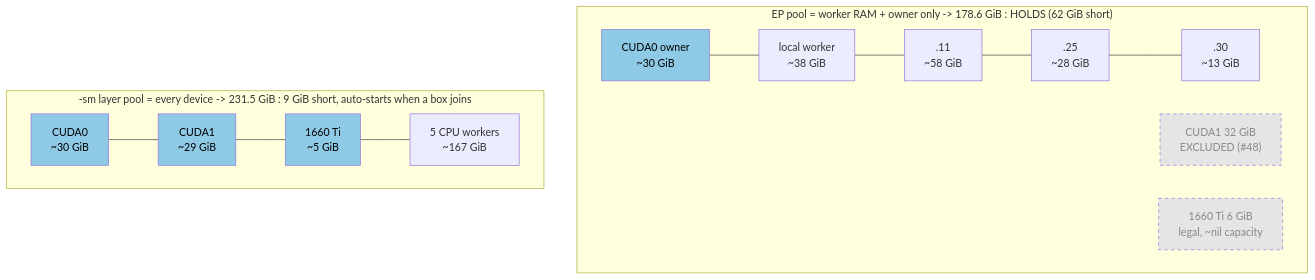
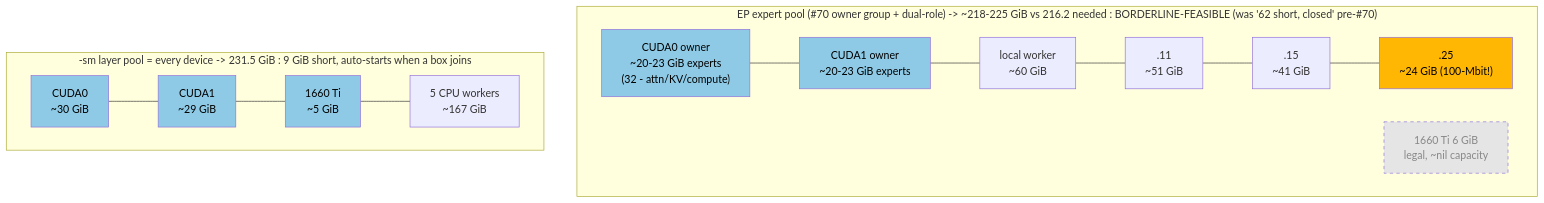
One commit to anyei/llamacpp-v100 changed the fourth of 10 diagrams in docs/architecture-diagrams.md. Above: the diagram before and after it, drawn with Mermaid. The commit also changed other lines of this file and 2 other files, not shown here.

Commit message:
docs+script: #70 EP owner-group/dual-role - diagrams 3/3b redrawn (GLM EP now borderline-feasible, GGUF-parsed 216.2 GiB experts), guide EP section updated (retire #48 limit, -ts byte-fitting, --rpc-reload mandatory), pin run-ep-fleet-hy3.sh (4.61-4.80 t/s recipe)

````diff
--- a/docs/architecture-diagrams.md
+++ b/docs/architecture-diagrams.md
@@ -91,18 +109,19 @@
 ```mermaid
 flowchart TB
-    subgraph EP["EP pool = worker RAM + owner only -> 178.6 GiB : HOLDS (62 GiB short)"]
+    subgraph EP["EP expert pool (#70 owner group + dual-role) -> ~218-225 GiB vs 216.2 needed : BORDERLINE-FEASIBLE (was '62 short, closed' pre-#70)"]
         direction LR
-        O1["CUDA0 owner<br/>~30 GiB"]:::gpu ---
-        E1["local worker<br/>~38 GiB"] --- E2[".11<br/>~58 GiB"] ---
-        E3[".25<br/>~28 GiB"] --- E4[".30<br/>~13 GiB"]
-        X1["CUDA1 32 GiB<br/>EXCLUDED (#48)"]:::dead
+        O1["CUDA0 owner<br/>~20-23 GiB experts<br/>(32 - attn/KV/compute)"]:::gpu ---
+        O2["CUDA1 owner<br/>~20-23 GiB experts"]:::gpu ---
+        E1["local worker<br/>~60 GiB"] --- E2[".11<br/>~51 GiB"] ---
+        E3[".15<br/>~41 GiB"] --- E4[".25<br/>~24 GiB (100-Mbit!)"]:::slow
         X2["1660 Ti 6 GiB<br/>legal, ~nil capacity"]:::dead
     end
     subgraph LAYER["-sm layer pool = every device -> 231.5 GiB : 9 GiB short, auto-starts when a box joins"]
         direction LR
         L0["CUDA0<br/>~30 GiB"]:::gpu --- L1["CUDA1<br/>~29 GiB"]:::gpu ---
         L2["1660 Ti<br/>~5 GiB"]:::gpu --- L3["5 CPU workers<br/>~167 GiB"]
     end
     classDef gpu fill:#8ecae6,color:#000
     classDef dead fill:#e5e5e5,color:#888,stroke-dasharray: 5 5
+    classDef slow fill:#ffb703,color:#000
 ```
````
